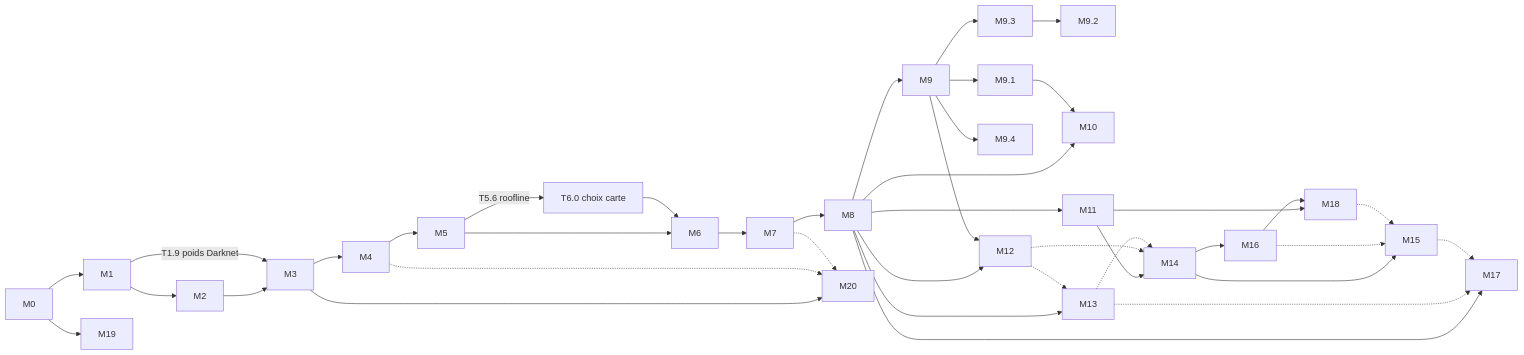
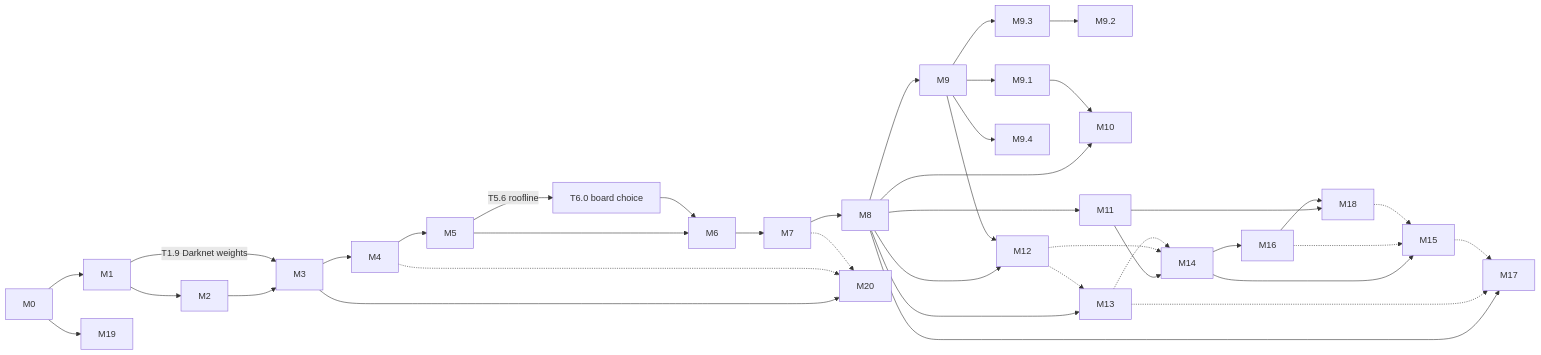
Before and after one commit to lrivals/EmbeddedComputervision: the diagram in docs/tasks/README.md, drawn with Mermaid. The commit also changed other lines of this file and 4 other files, not shown here.

````diff
--- a/docs/tasks/README.md
+++ b/docs/tasks/README.md
@@ -41,33 +40,33 @@
 ```mermaid
 graph LR
   M0 --> M1 --> M2 --> M3
-  M1 -- "T1.9 poids Darknet" --> M3
+  M1 -- "T1.9 Darknet weights" --> M3
   M3 --> M4 --> M5 --> M6 --> M7 --> M8
-  M5 -- "T5.6 roofline" --> T60["T6.0 choix carte"] --> M6
+  M5 -- "T5.6 roofline" --> T60["T6.0 board choice"] --> M6
   M8 --> M9
   M9 --> M91[M9.1] & M93[M9.3] & M94[M9.4]
   M93 --> M92[M9.2]
   M8 --> M10[M10]
   M91 --> M10
   M8 --> M11[M11]
   M8 --> M12[M12]
   M9 --> M12
   M8 --> M13[M13]
   M12 -.-> M13
   M11 --> M14[M14]
   M12 -.-> M14
   M13 -.-> M14
   M14 --> M15[M15]
   M14 --> M16[M16]
   M16 -.-> M15
   M8 --> M17[M17]
   M13 -.-> M17
   M15 -.-> M17
   M11 --> M18[M18]
   M16 --> M18
   M18 -.-> M15
   M0 --> M19[M19]
   M3 --> M20[M20]
   M4 -.-> M20
   M7 -.-> M20
 ```
````
